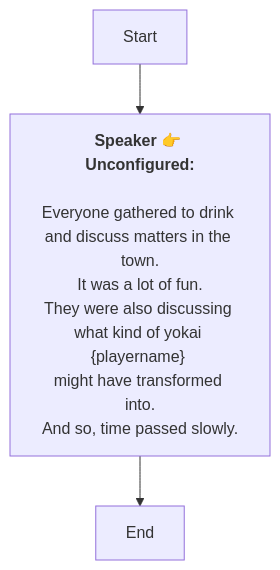
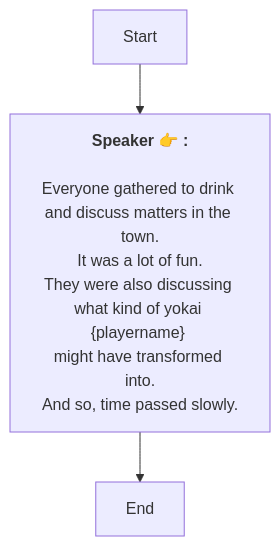
Before and after one commit to SoftHu/tos_avg: the diagram in En/TeaMeeting.md, drawn with Mermaid. The commit also changed 737 other files, not shown here.

````diff
--- a/En/TeaMeeting.md
+++ b/En/TeaMeeting.md
@@ -1,12 +1,9 @@
 ```mermaid
 graph
-Start -->1744563134647583[<b>Speaker 👉 Unconfigured:</b>
-
-Everyone gathered to drink and discuss matters in the town.
-It was a lot of fun.
-They were also discussing what kind of yokai &lbrace;playername&rbrace; 
-might have transformed into.
-And so, time passed slowly.]
+Start -->1744563134647583[<b>Speaker 👉 :</b>
+\nEveryone gathered to drink and discuss matters in the town.
+It was a lot of fun.\nThey were also discussing what kind of yokai &lbrace;playername&rbrace; 
+might have transformed into.\nAnd so, time passed slowly.]
 1744563134647583 -->1744563216549152[End]
 
- ```
+```
````
